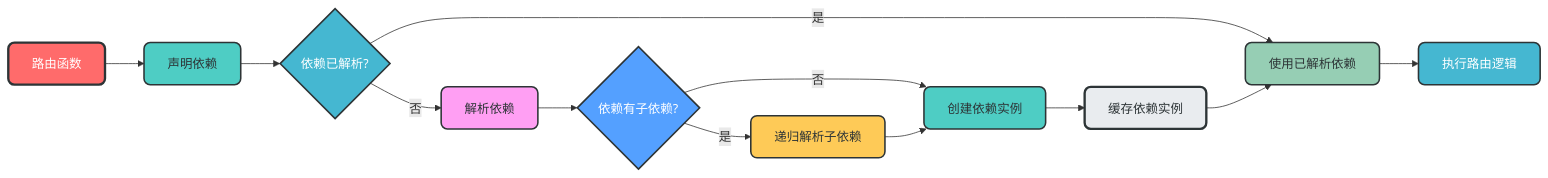
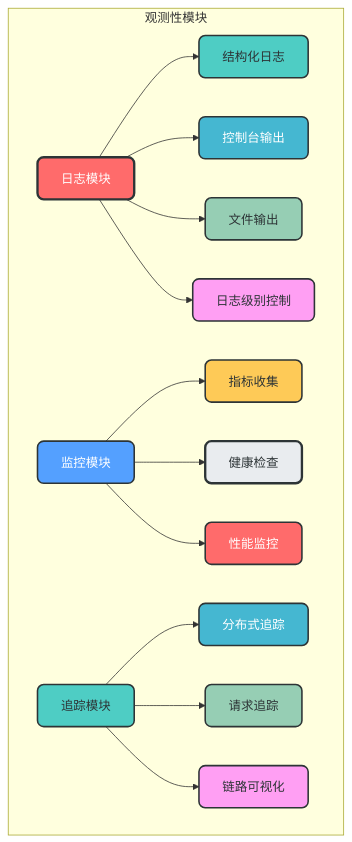
Before and after one commit to amuqiao/fastapi-enterprise-framework-template: diagram 17 of 22 in docs/design/architecture_guide.md, drawn with Mermaid. The commit also changed other lines of this file, not shown here.

Commit message:
优化总设计指南,调整文档结构,各个模块添加模块架构图和数据流转图

````diff
--- a/docs/design/architecture_guide.md
+++ b/docs/design/architecture_guide.md
@@ -1067,25 +1058,31 @@
 ```mermaid
-graph LR
-    A[路由函数] --> B[声明依赖]
-    B --> C{依赖已解析?}
-    C -->|是| D[使用已解析依赖]
-    C -->|否| E[解析依赖]
-    E --> F{依赖有子依赖?}
-    F -->|是| G[递归解析子依赖]
-    F -->|否| H[创建依赖实例]
-    G --> H
-    H --> I[缓存依赖实例]
-    I --> D
-    D --> J[执行路由逻辑]
+graph TD
+    subgraph 观测性模块
+        A[日志模块] --> B[结构化日志]
+        A --> C[控制台输出]
+        A --> D[文件输出]
+        A --> E[日志级别控制]
+        
+        F[监控模块] --> G[指标收集]
+        F --> H[健康检查]
+        F --> I[性能监控]
+        
+        J[追踪模块] --> K[分布式追踪]
+        J --> L[请求追踪]
+        J --> M[链路可视化]
+    end
     
     style A fill:#FF6B6B,stroke:#2D3436,stroke-width:3px,color:white,rx:8,ry:8
     style B fill:#4ECDC4,stroke:#2D3436,stroke-width:2px,color:#2D3436,rx:8,ry:8
     style C fill:#45B7D1,stroke:#2D3436,stroke-width:2px,color:white,rx:8,ry:8
     style D fill:#96CEB4,stroke:#2D3436,stroke-width:2px,color:#2D3436,rx:8,ry:8
     style E fill:#FF9FF3,stroke:#2D3436,stroke-width:2px,color:#2D3436,rx:8,ry:8
     style F fill:#54A0FF,stroke:#2D3436,stroke-width:2px,color:white,rx:8,ry:8
     style G fill:#FECA57,stroke:#2D3436,stroke-width:2px,color:#2D3436,rx:8,ry:8
-    style H fill:#4ECDC4,stroke:#2D3436,stroke-width:2px,color:#2D3436,rx:8,ry:8
-    style I fill:#E9ECEF,stroke:#2D3436,stroke-width:3px,color:#2D3436,rx:8,ry:8
-    style J fill:#45B7D1,stroke:#2D3436,stroke-width:2px,color:white,rx:8,ry:8
+    style H fill:#E9ECEF,stroke:#2D3436,stroke-width:3px,color:#2D3436,rx:8,ry:8
+    style I fill:#FF6B6B,stroke:#2D3436,stroke-width:2px,color:white,rx:8,ry:8
+    style J fill:#4ECDC4,stroke:#2D3436,stroke-width:2px,color:#2D3436,rx:8,ry:8
+    style K fill:#45B7D1,stroke:#2D3436,stroke-width:2px,color:white,rx:8,ry:8
+    style L fill:#96CEB4,stroke:#2D3436,stroke-width:2px,color:#2D3436,rx:8,ry:8
+    style M fill:#FF9FF3,stroke:#2D3436,stroke-width:2px,color:#2D3436,rx:8,ry:8
 ```
````
